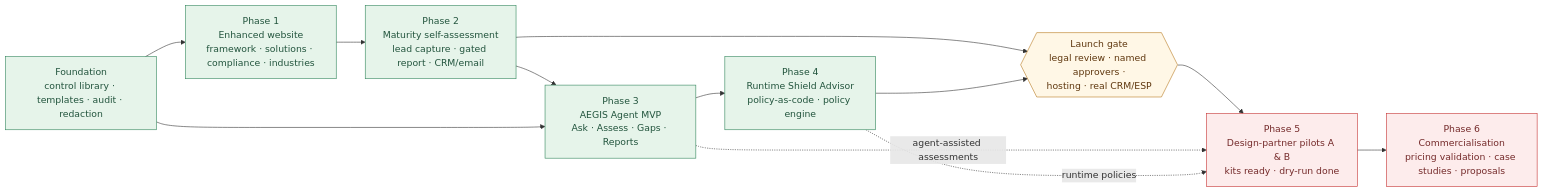
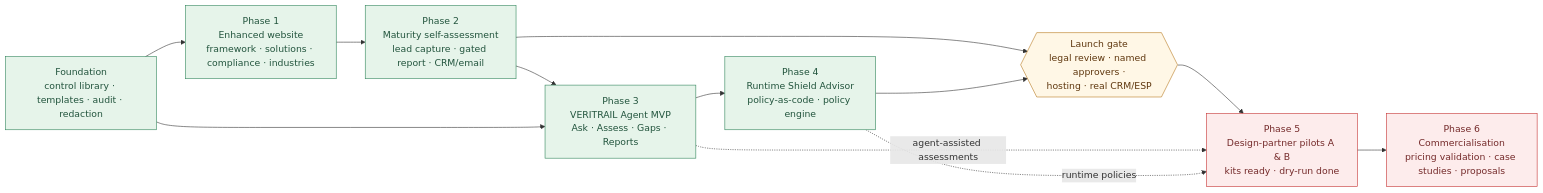
One commit to kalilurrahman/thoughtful-ai-advisory changed the diagram in platform/docs/diagrams/07_launch_roadmap.mmd. Above: the diagram before and after it, drawn with Mermaid. The commit also changed 618 other files, not shown here.

First line of the commit message:
Rename the platform from AEGIS to VERITRAIL and the assessment studio from GOVERN to TILLER

```diff
--- a/platform/docs/diagrams/07_launch_roadmap.mmd
+++ b/platform/docs/diagrams/07_launch_roadmap.mmd
@@ -1,22 +1,22 @@
-%% AEGIS launch sequence — increments, dependencies and status (no calendar estimates)
+%% VERITRAIL launch sequence — increments, dependencies and status (no calendar estimates)
 flowchart LR
   classDef done fill:#E6F4EA,stroke:#2F855A,color:#22543D
   classDef prog fill:#FFF7E6,stroke:#B7791F,color:#5F370E
   classDef blocked fill:#FDECEC,stroke:#C53030,color:#742A2A
 
   F0[Foundation<br/>control library · templates · audit · redaction]:::done
   P1[Phase 1<br/>Enhanced website<br/>framework · solutions · compliance · industries]:::done
   P2[Phase 2<br/>Maturity self-assessment<br/>lead capture · gated report · CRM/email]:::done
-  P3[Phase 3<br/>AEGIS Agent MVP<br/>Ask · Assess · Gaps · Reports]:::done
+  P3[Phase 3<br/>VERITRAIL Agent MVP<br/>Ask · Assess · Gaps · Reports]:::done
   P4[Phase 4<br/>Runtime Shield Advisor<br/>policy-as-code · policy engine]:::done
   G1{{Launch gate<br/>legal review · named approvers ·<br/>hosting · real CRM/ESP}}:::prog
   P5[Phase 5<br/>Design-partner pilots A & B<br/>kits ready · dry-run done]:::blocked
   P6[Phase 6<br/>Commercialisation<br/>pricing validation · case studies · proposals]:::blocked
 
   F0 --> P1 --> P2 --> P3 --> P4
   F0 --> P3
   P2 --> G1
   P4 --> G1
   G1 --> P5 --> P6
   P3 -.agent-assisted assessments.-> P5
   P4 -.runtime policies.-> P5
```
